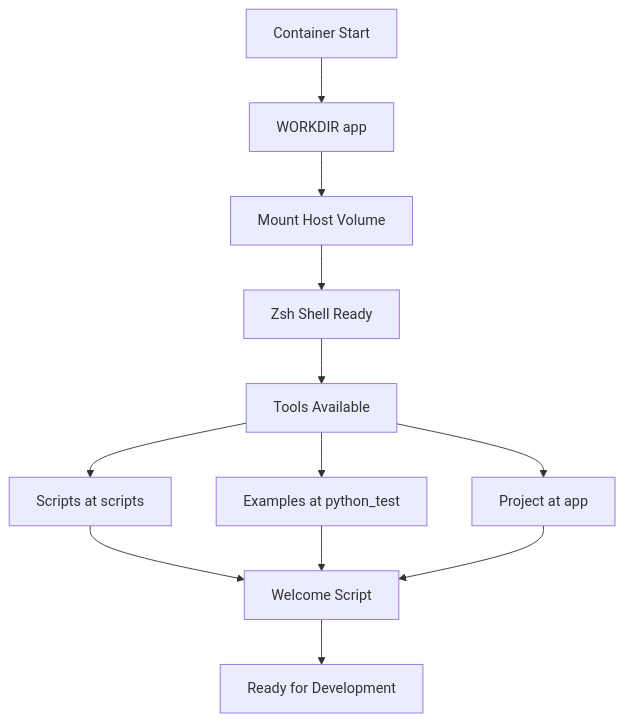
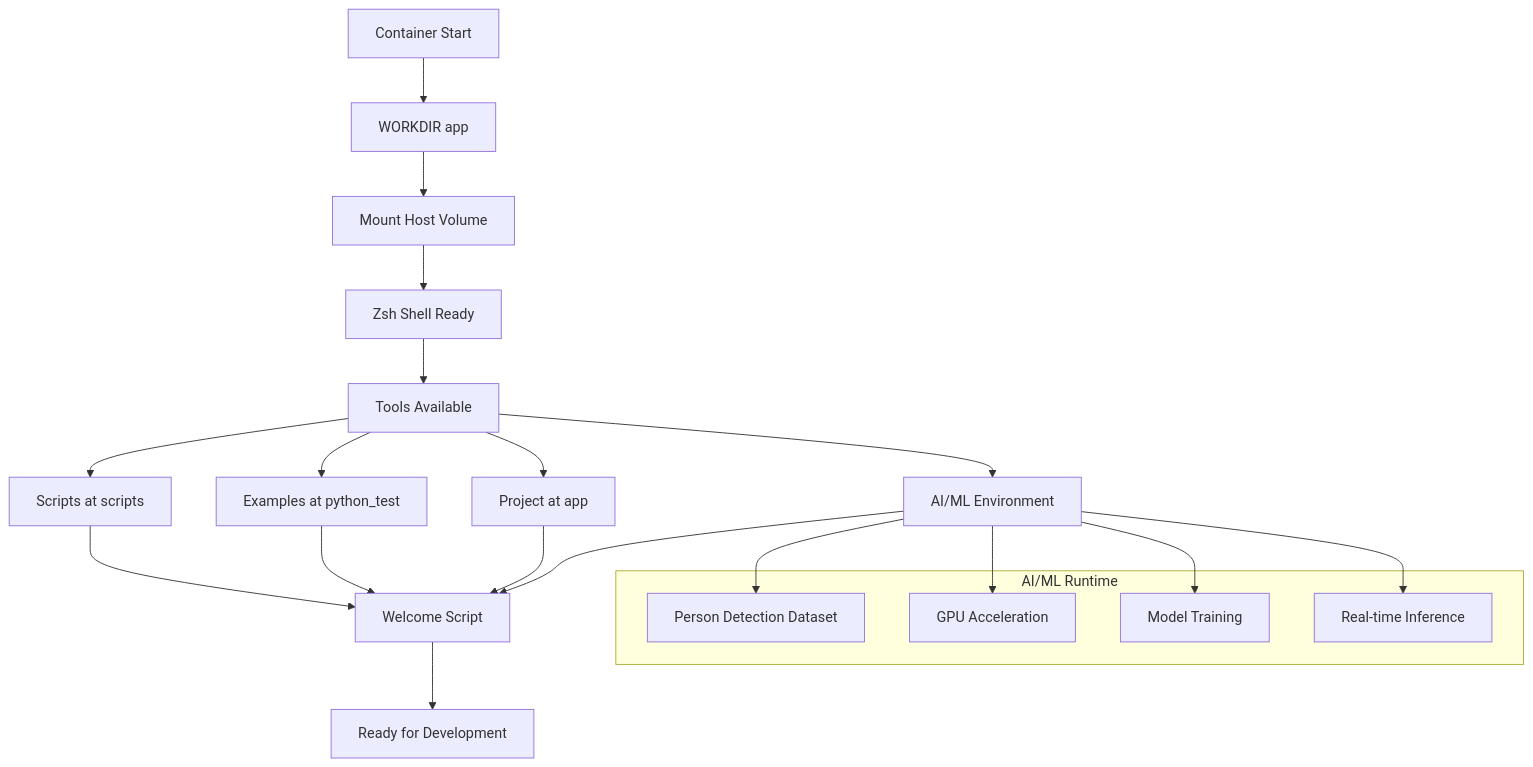
The fifth of 5 diagrams in docker_readme.md (wisrovi/wAgents), drawn with Mermaid before and after one commit. The commit also changed other lines of this file and 114 other files, not shown here.

````diff
--- a/docker_readme.md
+++ b/docker_readme.md
@@ -459,14 +571,28 @@
 ```mermaid
 graph TB
     A[Container Start] --> B[WORKDIR app]
     B --> C[Mount Host Volume]
     C --> D[Zsh Shell Ready]
     D --> E[Tools Available]
     E --> F[Scripts at scripts]
     E --> G[Examples at python_test]
     E --> H[Project at app]
-    F --> I[Welcome Script]
-    G --> I
-    H --> I
-    I --> J[Ready for Development]
+    E --> I[AI/ML Environment]
+    F --> J[Welcome Script]
+    G --> J
+    H --> J
+    I --> J
+    J --> K[Ready for Development]
+    
+    subgraph "AI/ML Runtime"
+        L[Person Detection Dataset]
+        M[GPU Acceleration]
+        N[Model Training]
+        O[Real-time Inference]
+    end
+    
+    I --> L
+    I --> M
+    I --> N
+    I --> O
 ```
````
